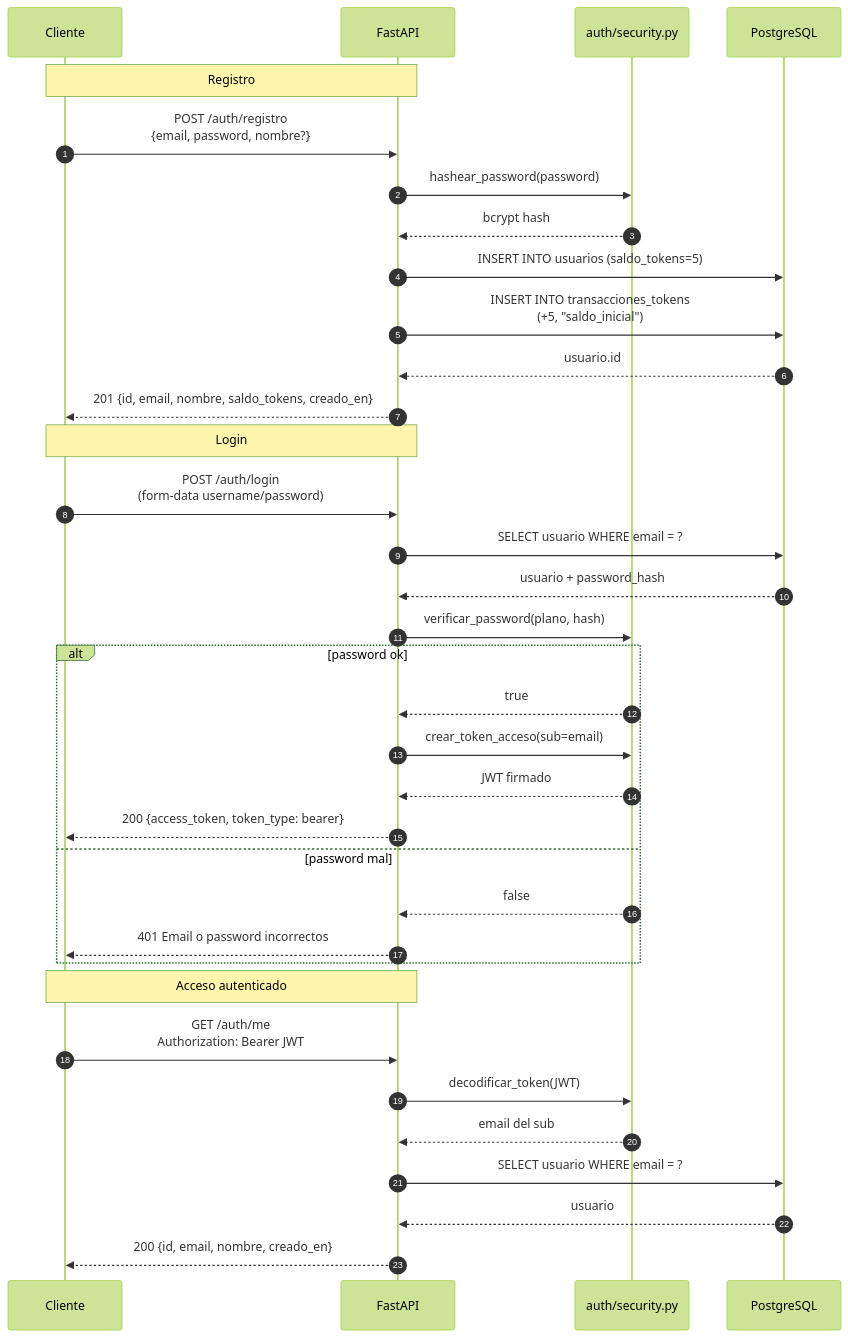
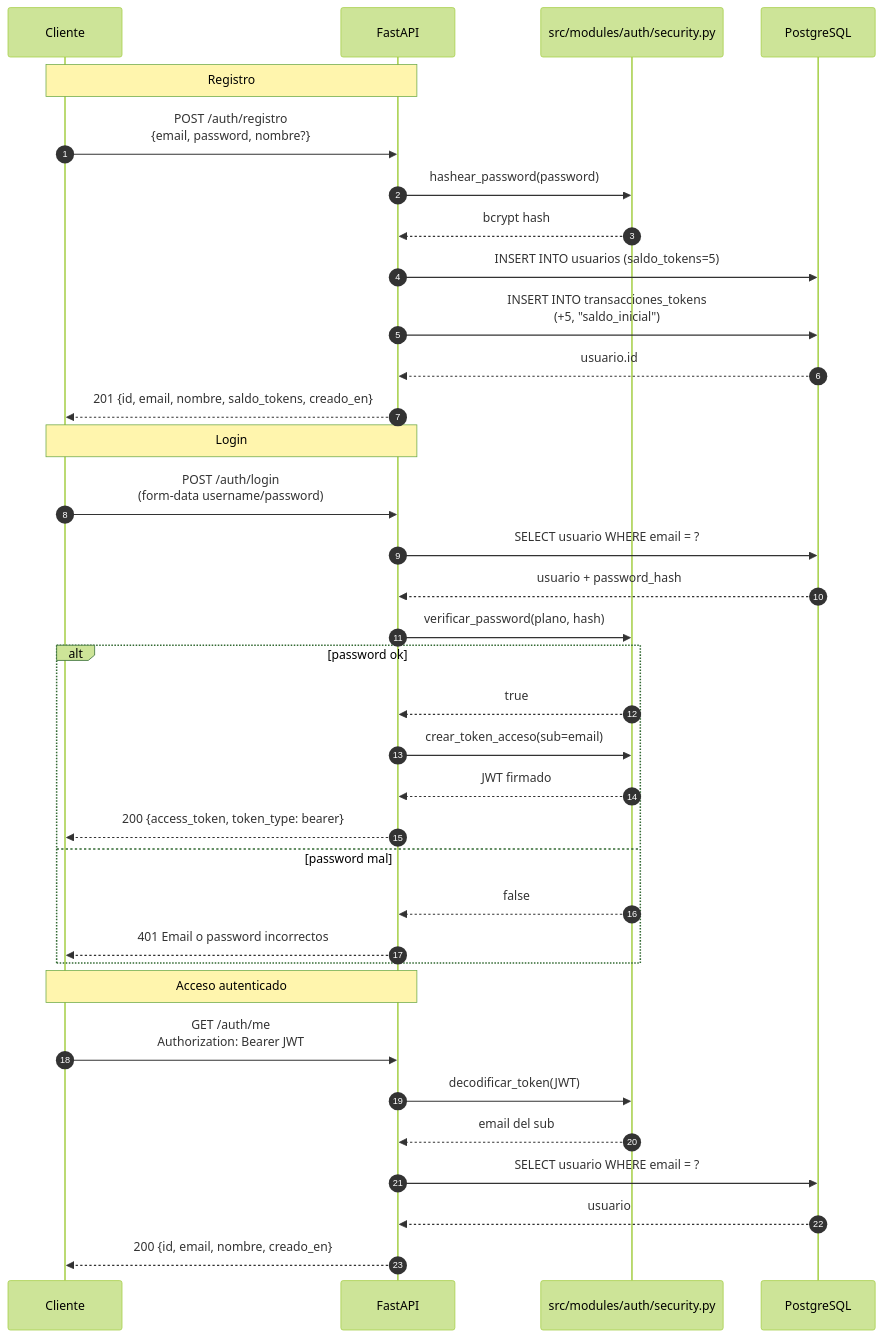
One commit to VMarcosGC/consulta-placas-ec changed the second of 6 diagrams in docs/arquitectura.md. Above: the diagram before and after it, drawn with Mermaid (forest theme). The commit also changed other lines of this file and 99 other files, not shown here.

First line of the commit message:
refactor: monolito modular (DDD) en src/modules + AGENTS.md

````diff
--- a/docs/arquitectura.md
+++ b/docs/arquitectura.md
@@ -68,40 +68,40 @@
 ```mermaid
 sequenceDiagram
     autonumber
     participant C as Cliente
     participant API as FastAPI
-    participant Sec as auth/security.py
+    participant Sec as src/modules/auth/security.py
     participant DB as PostgreSQL
 
     Note over C,API: Registro
     C->>API: POST /auth/registro<br/>{email, password, nombre?}
     API->>Sec: hashear_password(password)
     Sec-->>API: bcrypt hash
     API->>DB: INSERT INTO usuarios (saldo_tokens=5)
     API->>DB: INSERT INTO transacciones_tokens<br/>(+5, "saldo_inicial")
     DB-->>API: usuario.id
     API-->>C: 201 {id, email, nombre, saldo_tokens, creado_en}
 
     Note over C,API: Login
     C->>API: POST /auth/login<br/>(form-data username/password)
     API->>DB: SELECT usuario WHERE email = ?
     DB-->>API: usuario + password_hash
     API->>Sec: verificar_password(plano, hash)
     alt password ok
         Sec-->>API: true
         API->>Sec: crear_token_acceso(sub=email)
         Sec-->>API: JWT firmado
         API-->>C: 200 {access_token, token_type: bearer}
     else password mal
         Sec-->>API: false
         API-->>C: 401 Email o password incorrectos
     end
 
     Note over C,API: Acceso autenticado
     C->>API: GET /auth/me<br/>Authorization: Bearer JWT
     API->>Sec: decodificar_token(JWT)
     Sec-->>API: email del sub
     API->>DB: SELECT usuario WHERE email = ?
     DB-->>API: usuario
     API-->>C: 200 {id, email, nombre, creado_en}
 ```
````
